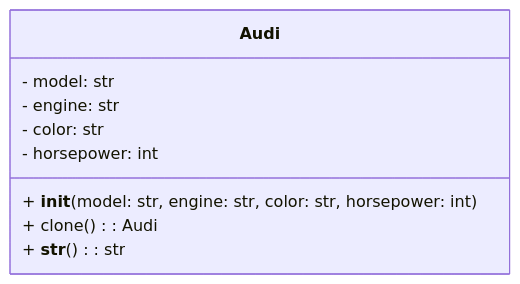
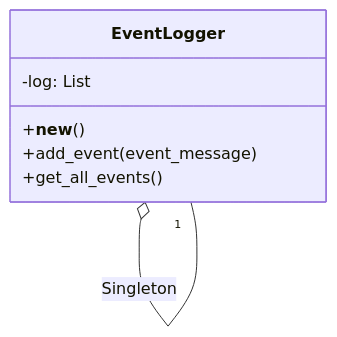
One commit to KhrystynaLutsiv/IT-21_OOP changed the diagram in Roman_Tupis/lab11/README.md. Above: the diagram before and after it, drawn with Mermaid.

````diff
--- a/Roman_Tupis/lab11/README.md
+++ b/Roman_Tupis/lab11/README.md
@@ -66,12 +66,11 @@
 ```mermaid
 classDiagram
-    class Audi {
-        - model: str
-        - engine: str
-        - color: str
-        - horsepower: int
-        + __init__(model: str, engine: str, color: str, horsepower: int)
-        + clone(): Audi
-        + __str__(): str
+    class EventLogger {
+        -log: List
+        +__new__()
+        +add_event(event_message)
+        +get_all_events()
     }
+    EventLogger o-- "1" EventLogger : Singleton
+
 ```
````
